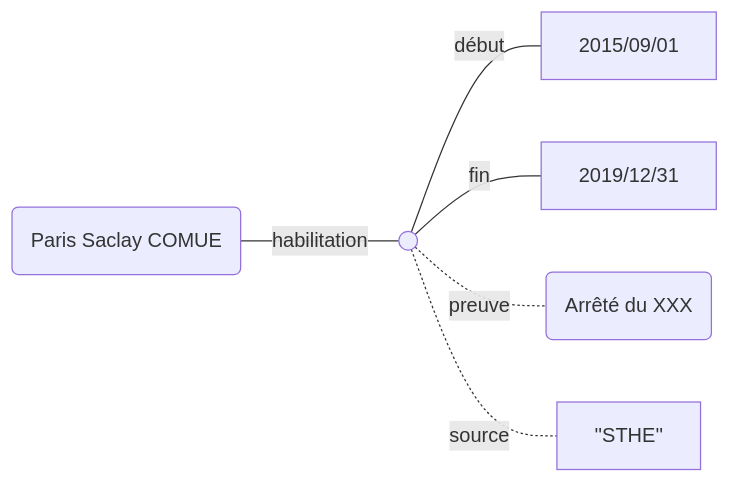
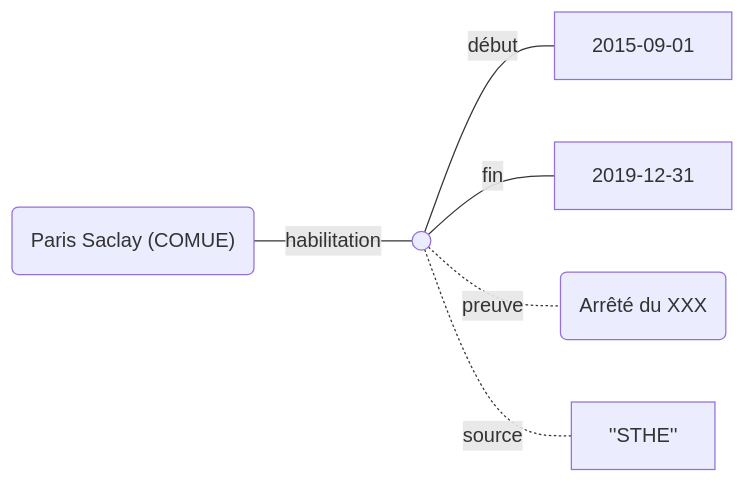
Before and after one commit to abes-esr/movies-doc: the second of 2 diagrams in docs/Modélisation Movies/Habilitation Doctorale.md, drawn with Mermaid. The commit also changed other lines of this file and 9 other files, not shown here.

````diff
--- a/docs/Modélisation Movies/Habilitation Doctorale.md
+++ b/docs/Modélisation Movies/Habilitation Doctorale.md
@@ -24,10 +24,10 @@
 ```mermaid
 graph LR
-    PS(Paris Saclay COMUE) 
+    PS("Paris Saclay (COMUE)") 
     HAB(( ))
     PS --- |habilitation| HAB
-    HAB ---|début| 2015/09/01
-    HAB ---|fin| 2019/12/31
+    HAB ---|début| 2015-09-01
+    HAB ---|fin| 2019-12-31
     HAB -.- |preuve| PreuveHAB(Arrêté du XXX)
     HAB -.- |source| SourceHAB[''STHE'']
 ```
````
